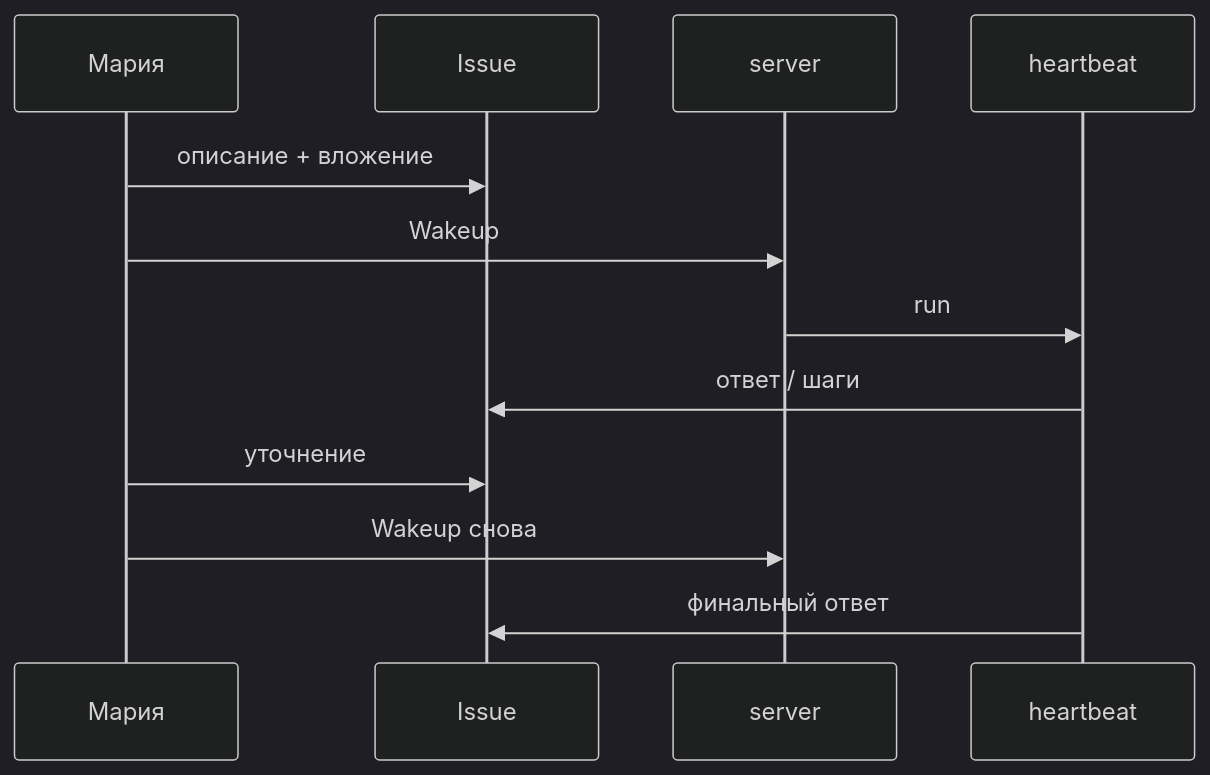
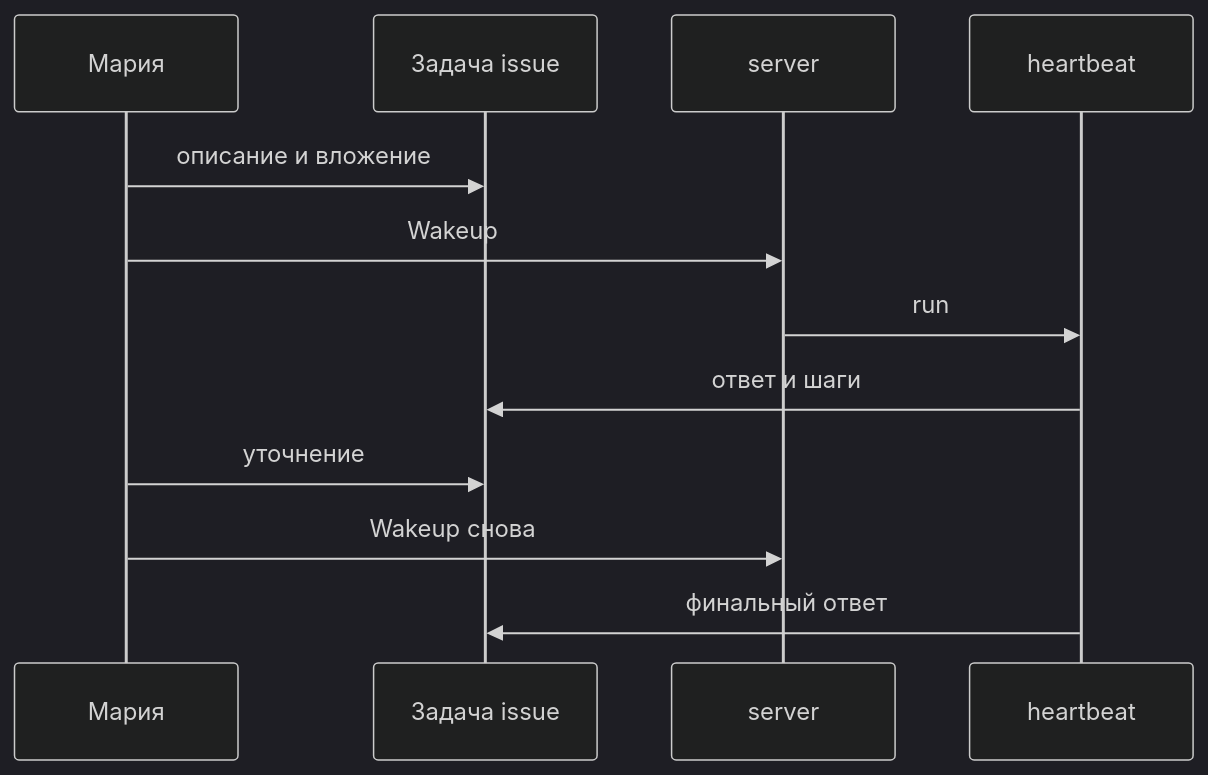
Before and after one commit to Dmitriion/datagent-docs: the diagram in docs/guides/03-one-task.md, drawn with Mermaid (dark theme). The commit also changed other lines of this file and 11 other files, not shown here.

````diff
--- a/docs/guides/03-one-task.md
+++ b/docs/guides/03-one-task.md
@@ -36,14 +34,14 @@
 ```mermaid
 sequenceDiagram
   participant M as Мария
-  participant I as Issue
+  participant I as Задача issue
   participant S as server
   participant H as heartbeat
-  M->>I: описание + вложение
+  M->>I: описание и вложение
   M->>S: Wakeup
   S->>H: run
-  H->>I: ответ / шаги
+  H->>I: ответ и шаги
   M->>I: уточнение
   M->>S: Wakeup снова
   H->>I: финальный ответ
 ```
````
